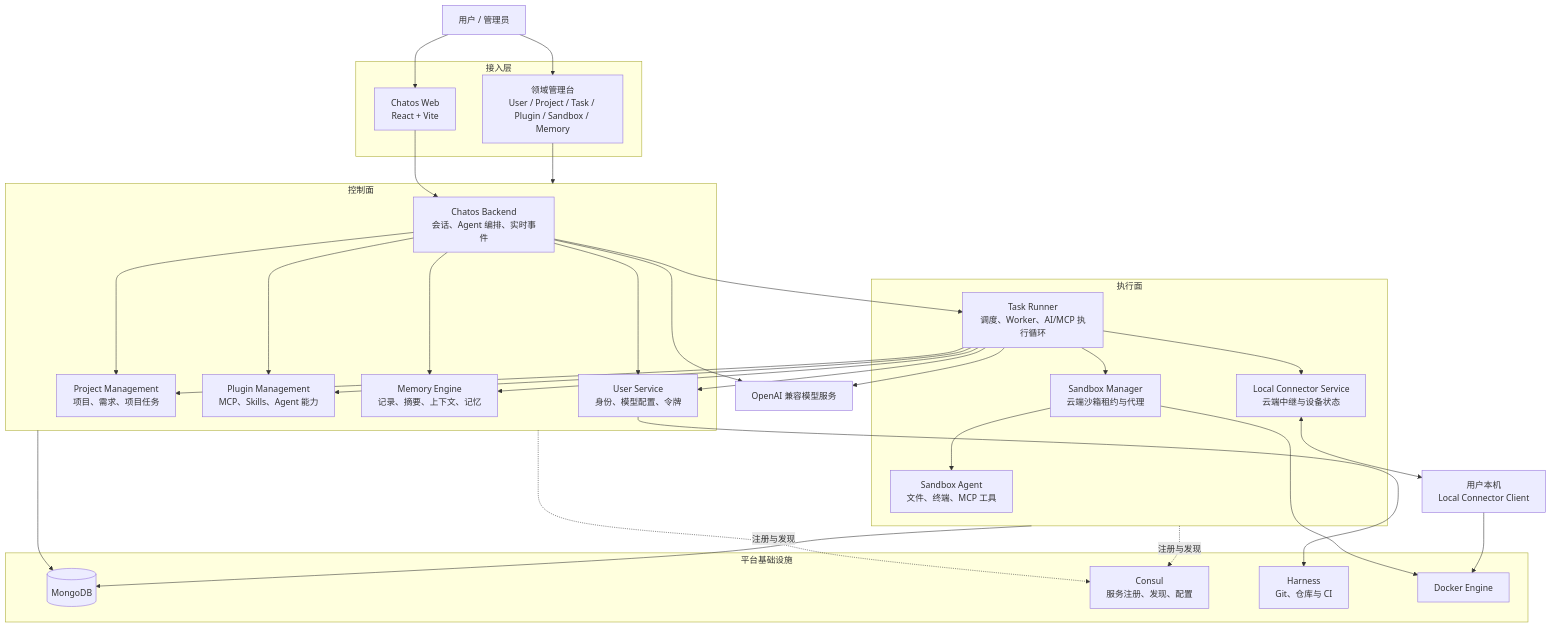
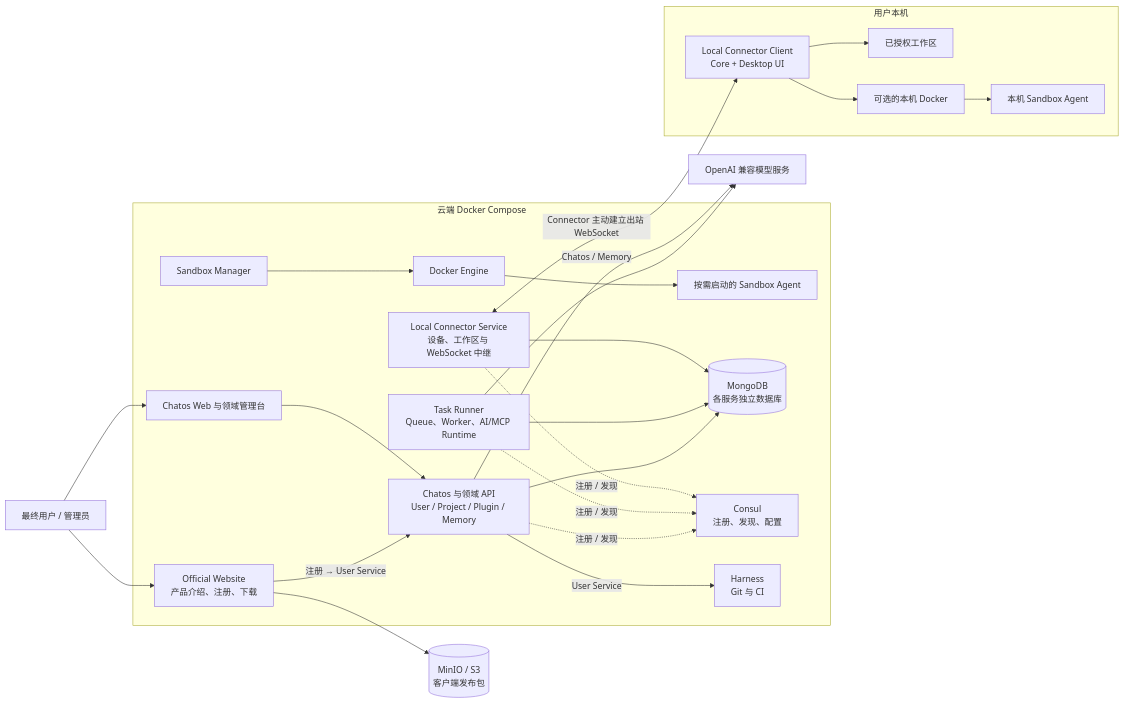
One commit to leeoohoo/chatos_rs changed the first of 7 diagrams in README.md. Above: the diagram before and after it, drawn with Mermaid. The commit also changed other lines of this file and 23 other files, not shown here.

Commit message:
feat: rebuild user website and refresh architecture docs

````diff
--- a/README.md
+++ b/README.md
@@ -23,60 +25,48 @@
 ```mermaid
-flowchart TB
-    user["用户 / 管理员"]
-    localHost["用户本机<br/>Local Connector Client"]
+flowchart LR
+    actor["最终用户 / 管理员"]
     model["OpenAI 兼容模型服务"]
+    minio[("MinIO / S3<br/>客户端发布包")]
 
-    subgraph access["接入层"]
-        web["Chatos Web<br/>React + Vite"]
-        consoles["领域管理台<br/>User / Project / Task / Plugin / Sandbox / Memory"]
+    subgraph cloud["云端 Docker Compose"]
+        website["Official Website<br/>产品介绍、注册、下载"]
+        web["Chatos Web 与领域管理台"]
+        api["Chatos 与领域 API<br/>User / Project / Plugin / Memory"]
+        runner["Task Runner<br/>Queue、Worker、AI/MCP Runtime"]
+        relay["Local Connector Service<br/>设备、工作区与 WebSocket 中继"]
+        sandbox["Sandbox Manager"]
+        cloudAgent["按需启动的 Sandbox Agent"]
+        mongo[("MongoDB<br/>各服务独立数据库")]
+        consul["Consul<br/>注册、发现、配置"]
+        harness["Harness<br/>Git 与 CI"]
+        cloudDocker["Docker Engine"]
     end
 
-    subgraph control["控制面"]
-        chatos["Chatos Backend<br/>会话、Agent 编排、实时事件"]
-        userSvc["User Service<br/>身份、模型配置、令牌"]
-        projectSvc["Project Management<br/>项目、需求、项目任务"]
-        pluginSvc["Plugin Management<br/>MCP、Skills、Agent 能力"]
-        memory["Memory Engine<br/>记录、摘要、上下文、记忆"]
+    subgraph local["用户本机"]
+        connector["Local Connector Client<br/>Core + Desktop UI"]
+        workspace["已授权工作区"]
+        localDocker["可选的本机 Docker"]
+        localAgent["本机 Sandbox Agent"]
     end
 
-    subgraph execution["执行面"]
-        runner["Task Runner<br/>调度、Worker、AI/MCP 执行循环"]
-        sandbox["Sandbox Manager<br/>云端沙箱租约与代理"]
-        connectorSvc["Local Connector Service<br/>云端中继与设备状态"]
-        agent["Sandbox Agent<br/>文件、终端、MCP 工具"]
-    end
-
-    subgraph platform["平台基础设施"]
-        mongo[("MongoDB")]
-        consul["Consul<br/>服务注册、发现、配置"]
-        harness["Harness<br/>Git、仓库与 CI"]
-        docker["Docker Engine"]
-    end
-
-    user --> web
-    user --> consoles
-    web --> chatos
-    consoles --> control
-    chatos --> userSvc
-    chatos --> projectSvc
-    chatos --> pluginSvc
-    chatos --> memory
-    chatos --> runner
-    runner --> userSvc
-    runner --> projectSvc
-    runner --> pluginSvc
-    runner --> memory
-    runner --> sandbox
-    runner --> connectorSvc
-    sandbox --> agent
-    connectorSvc <--> localHost
-    chatos --> model
+    actor --> website
+    actor --> web
+    website -->|"注册 → User Service"| api
+    website --> minio
+    web --> api
+    api --> mongo
+    runner --> mongo
+    relay --> mongo
+    api -. "注册 / 发现" .-> consul
+    runner -. "注册 / 发现" .-> consul
+    relay -. "注册 / 发现" .-> consul
     runner --> model
-    userSvc --> harness
-    control --> mongo
-    execution --> mongo
-    control -.注册与发现.-> consul
-    execution -.注册与发现.-> consul
-    sandbox --> docker
-    localHost --> docker
+    api -->|"Chatos / Memory"| model
+    api -->|"User Service"| harness
+    sandbox --> cloudDocker
+    cloudDocker --> cloudAgent
+    relay <-->|"Connector 主动建立出站 WebSocket"| connector
+    connector --> workspace
+    connector --> localDocker
+    localDocker --> localAgent
 ```
````
